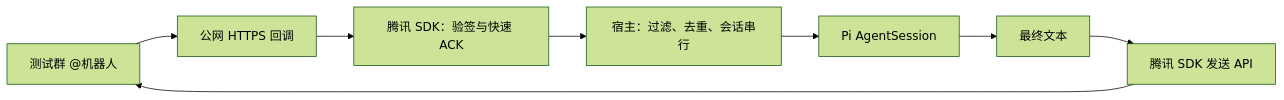
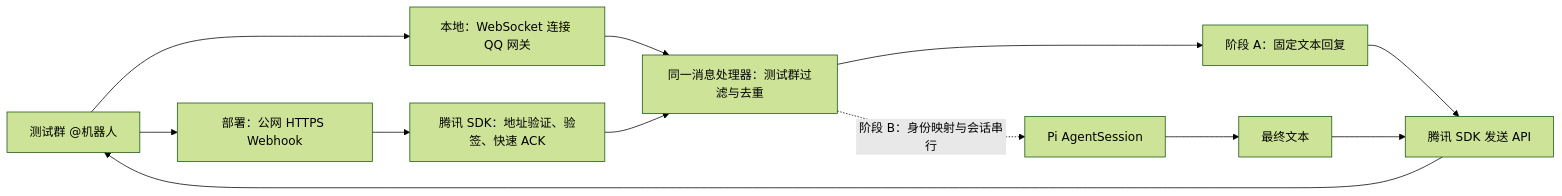
One commit to erha1499/dave-agent changed the diagram in docs/qq-integration.md. Above: the diagram before and after it, drawn with Mermaid (forest theme). The commit also changed other lines of this file and 8 other files, not shown here.

Commit message:
feat: add QQ WebSocket and Webhook ingress

````diff
--- a/docs/qq-integration.md
+++ b/docs/qq-integration.md
@@ -9,10 +9,14 @@
 ```mermaid
 flowchart LR
-  Q[测试群 @机器人] --> W[公网 HTTPS 回调]
-  W --> S[腾讯 SDK：验签与快速 ACK]
-  S --> H[宿主：过滤、去重、会话串行]
-  H --> P[Pi AgentSession]
+  Q[测试群 @机器人] --> W[部署：公网 HTTPS Webhook]
+  Q --> C[本地：WebSocket 连接 QQ 网关]
+  W --> S[腾讯 SDK：地址验证、验签、快速 ACK]
+  C --> H[同一消息处理器：测试群过滤与去重]
+  S --> H
+  H --> F[阶段 A：固定文本回复]
+  H -. 阶段 B：身份映射与会话串行 .-> P[Pi AgentSession]
   P --> R[最终文本]
+  F --> A[腾讯 SDK 发送 API]
   R --> A[腾讯 SDK 发送 API]
   A --> Q
 ```
````
